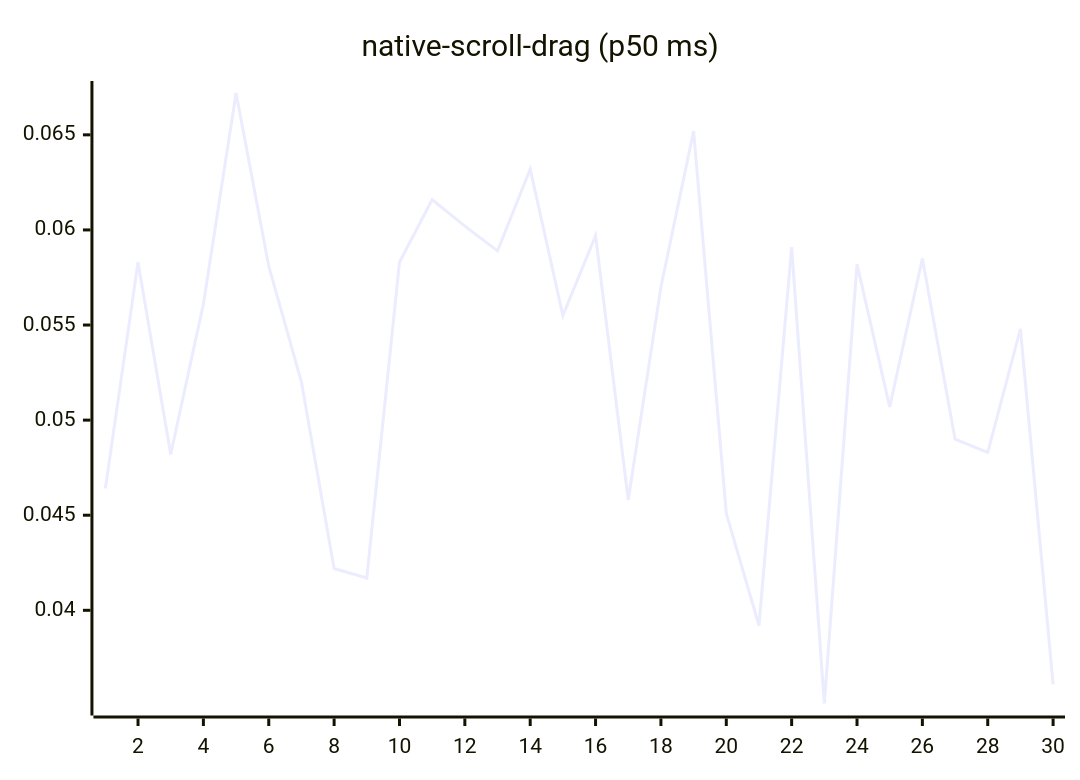
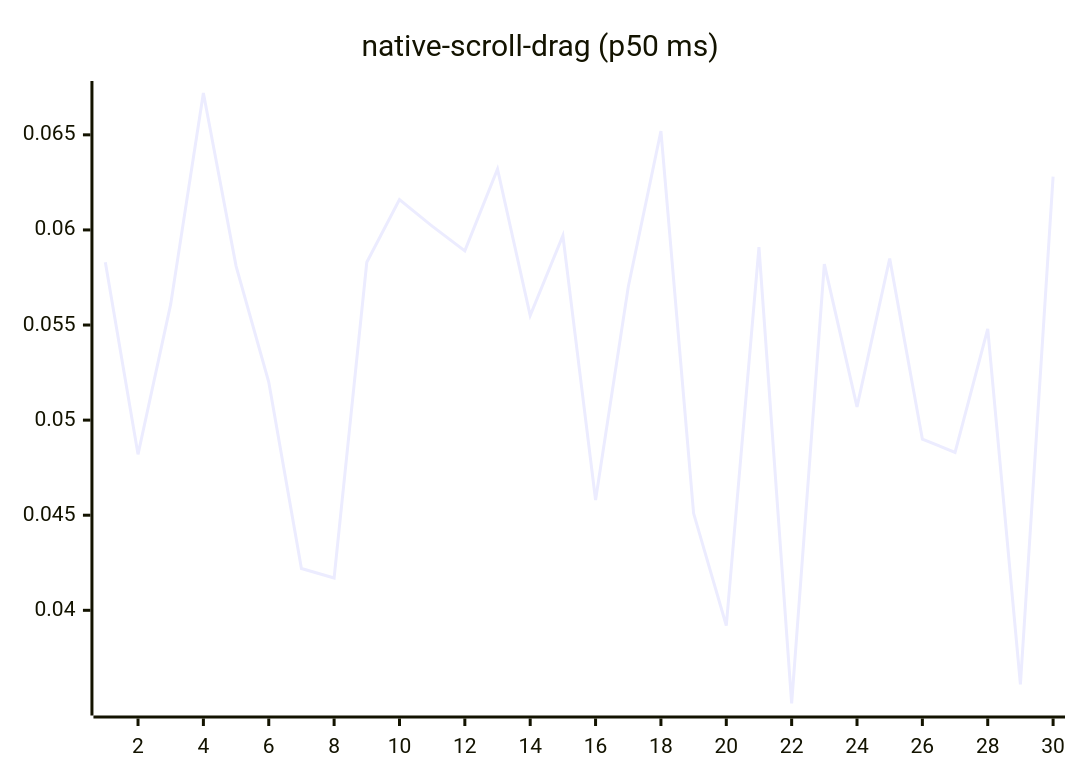
Diagram 14 of 27 in README.md (josha/Facet), drawn with Mermaid before and after one commit. The commit also changed other lines of this file and 2 other files, not shown here.

````diff
--- a/README.md
+++ b/README.md
@@ -154,6 +154,6 @@
 ```mermaid
 xychart-beta
     title "native-scroll-drag (p50 ms)"
     x-axis 1 --> 30
-    line [0.0464, 0.0583, 0.0482, 0.0561, 0.0672, 0.0581, 0.0520, 0.0422, 0.0417, 0.0583, 0.0616, 0.0602, 0.0589, 0.0632, 0.0555, 0.0597, 0.0458, 0.0570, 0.0652, 0.0451, 0.0392, 0.0591, 0.0351, 0.0582, 0.0507, 0.0585, 0.0490, 0.0483, 0.0548, 0.0361]
+    line [0.0583, 0.0482, 0.0561, 0.0672, 0.0581, 0.0520, 0.0422, 0.0417, 0.0583, 0.0616, 0.0602, 0.0589, 0.0632, 0.0555, 0.0597, 0.0458, 0.0570, 0.0652, 0.0451, 0.0392, 0.0591, 0.0351, 0.0582, 0.0507, 0.0585, 0.0490, 0.0483, 0.0548, 0.0361, 0.0628]
 ```
````
